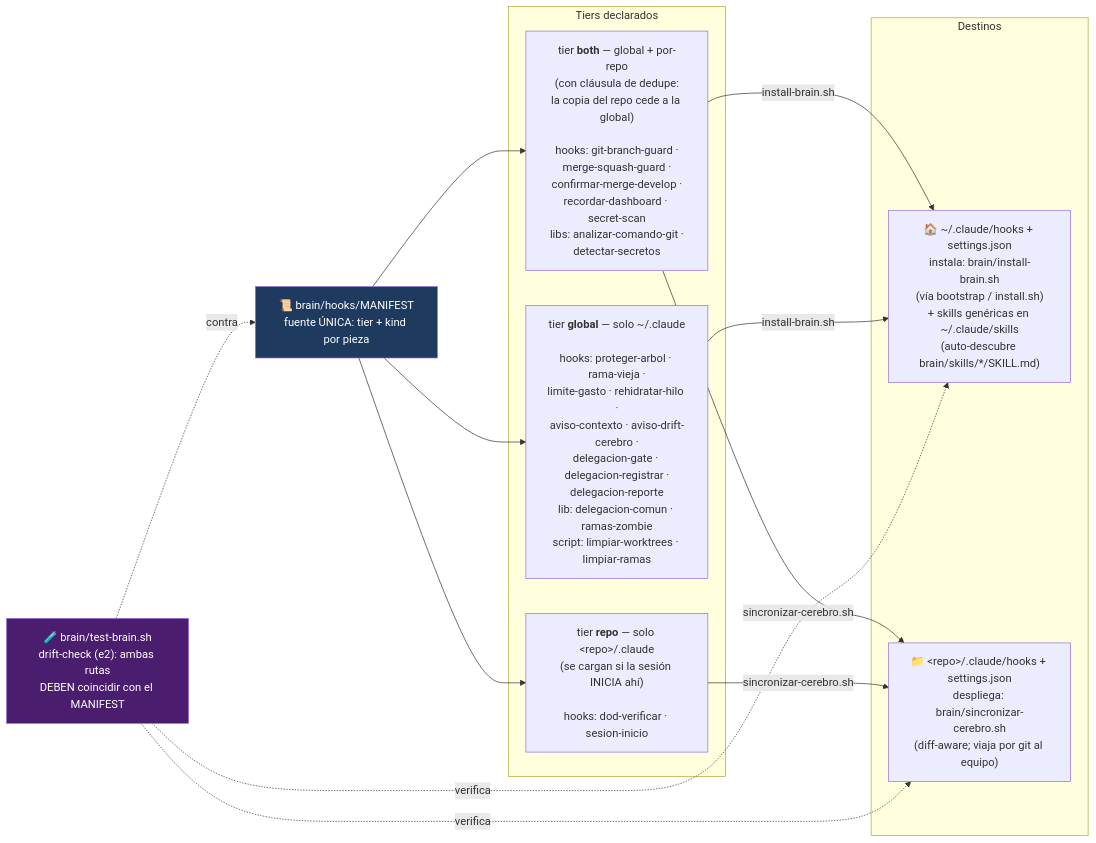
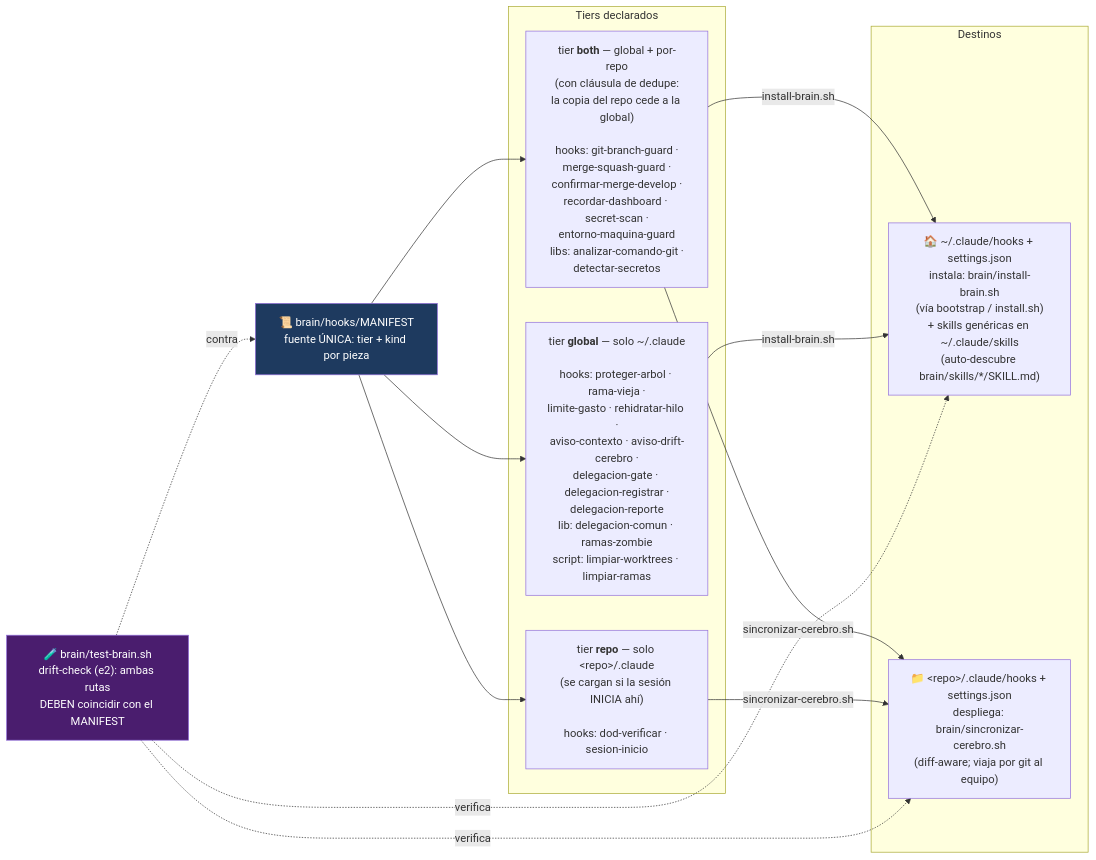
One commit to unjordi/claude-quota-widget changed the fourth of 4 diagrams in docs/mapa-cerebro.md. Above: the diagram before and after it, drawn with Mermaid. The commit also changed other lines of this file and 12 other files, not shown here.

````diff
--- a/docs/mapa-cerebro.md
+++ b/docs/mapa-cerebro.md
@@ -178,31 +181,31 @@
 ```mermaid
 flowchart LR
     MANIFEST["📜 brain/hooks/MANIFEST<br/>fuente ÚNICA: tier + kind por pieza"]
 
     subgraph tiers["Tiers declarados"]
-        BOTH["tier <b>both</b> — global + por-repo<br/>(con cláusula de dedupe:<br/>la copia del repo cede a la global)<br/><br/>hooks: git-branch-guard ·<br/>merge-squash-guard ·<br/>confirmar-merge-develop ·<br/>recordar-dashboard · secret-scan<br/>libs: analizar-comando-git ·<br/>detectar-secretos"]
+        BOTH["tier <b>both</b> — global + por-repo<br/>(con cláusula de dedupe:<br/>la copia del repo cede a la global)<br/><br/>hooks: git-branch-guard ·<br/>merge-squash-guard ·<br/>confirmar-merge-develop ·<br/>recordar-dashboard · secret-scan ·<br/>entorno-maquina-guard<br/>libs: analizar-comando-git ·<br/>detectar-secretos"]
         GLOBAL["tier <b>global</b> — solo ~/.claude<br/><br/>hooks: proteger-arbol · rama-vieja ·<br/>limite-gasto · rehidratar-hilo ·<br/>aviso-contexto · aviso-drift-cerebro ·<br/>delegacion-gate · delegacion-registrar ·<br/>delegacion-reporte<br/>lib: delegacion-comun · ramas-zombie<br/>script: limpiar-worktrees · limpiar-ramas"]
         REPO["tier <b>repo</b> — solo &lt;repo&gt;/.claude<br/>(se cargan si la sesión INICIA ahí)<br/><br/>hooks: dod-verificar · sesion-inicio"]
     end
 
     subgraph destinos["Destinos"]
         GDIR["🏠 ~/.claude/hooks + settings.json<br/>instala: brain/install-brain.sh<br/>(vía bootstrap / install.sh)<br/>+ skills genéricas en ~/.claude/skills<br/>(auto-descubre brain/skills/*/SKILL.md)"]
         RDIR["📁 &lt;repo&gt;/.claude/hooks + settings.json<br/>despliega: brain/sincronizar-cerebro.sh<br/>(diff-aware; viaja por git al equipo)"]
     end
 
     TEST["🧪 brain/test-brain.sh<br/>drift-check (e2): ambas rutas<br/>DEBEN coincidir con el MANIFEST"]
 
     MANIFEST --> BOTH
     MANIFEST --> GLOBAL
     MANIFEST --> REPO
     BOTH -->|"install-brain.sh"| GDIR
     BOTH -->|"sincronizar-cerebro.sh"| RDIR
     GLOBAL -->|"install-brain.sh"| GDIR
     REPO -->|"sincronizar-cerebro.sh"| RDIR
     TEST -.->|verifica| GDIR
     TEST -.->|verifica| RDIR
     TEST -.->|contra| MANIFEST
 
     style MANIFEST fill:#1e3a5f,color:#fff
     style TEST fill:#4a1d6e,color:#fff
 ```
````
